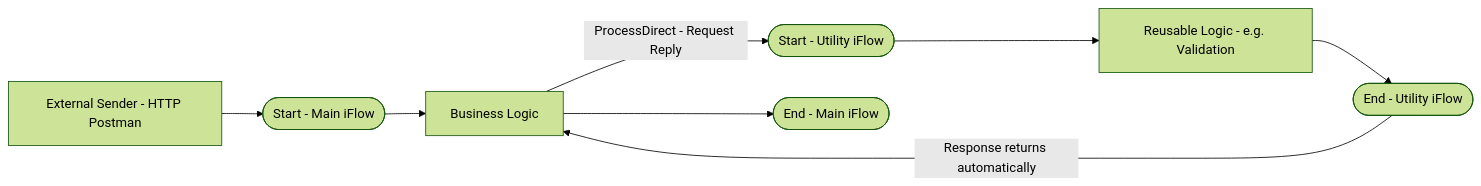
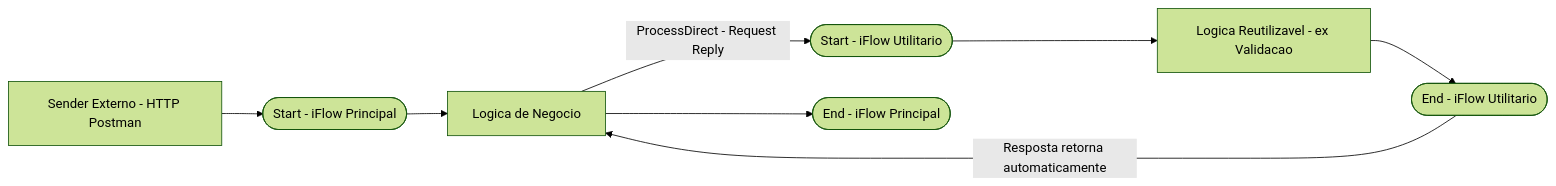
The first of 2 diagrams in docs/19-d4-processdirect.md (OrlandoCaetano2026/SAP_Integration_Suite_Learning), drawn with Mermaid (forest theme) before and after one commit. The commit also changed other lines of this file, not shown here.

Commit message:
docs: adiciona D4 ProcessDirect + JDBC em PT (lab17) - validacao de fornecedor via banco Neon, 3 cenarios testados, D5 mergeado no D4

````diff
--- a/docs/19-d4-processdirect.md
+++ b/docs/19-d4-processdirect.md
@@ -31,10 +31,10 @@
 ```mermaid
 flowchart LR
-    A["External Sender - HTTP Postman"] --> B(["Start - Main iFlow"])
-    B --> C["Business Logic"]
-    C -->|"ProcessDirect - Request Reply"| D(["Start - Utility iFlow"])
-    D --> E["Reusable Logic - e.g. Validation"]
-    E --> F(["End - Utility iFlow"])
-    F -->|"Response returns automatically"| C
-    C --> G(["End - Main iFlow"])
+    A["Sender Externo - HTTP Postman"] --> B(["Start - iFlow Principal"])
+    B --> C["Logica de Negocio"]
+    C -->|"ProcessDirect - Request Reply"| D(["Start - iFlow Utilitario"])
+    D --> E["Logica Reutilizavel - ex Validacao"]
+    E --> F(["End - iFlow Utilitario"])
+    F -->|"Resposta retorna automaticamente"| C
+    C --> G(["End - iFlow Principal"])
 ```
````
